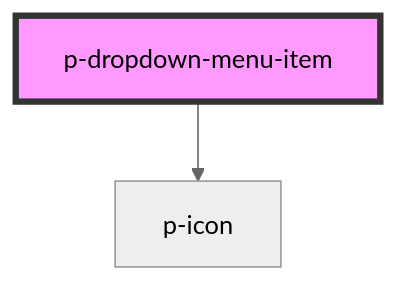
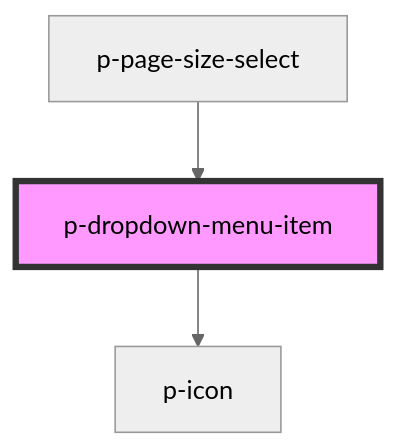
Before and after one commit to Employes/paperless: the diagram in packages/core/src/components/atoms/dropdown-menu-item/readme.md, drawn with Mermaid (neutral theme). The commit also changed other lines of this file and 22 other files, not shown here.

````diff
--- a/packages/core/src/components/atoms/dropdown-menu-item/readme.md
+++ b/packages/core/src/components/atoms/dropdown-menu-item/readme.md
@@ -23,5 +27,6 @@
 ```mermaid
 graph TD;
   p-dropdown-menu-item --> p-icon
+  p-page-size-select --> p-dropdown-menu-item
   style p-dropdown-menu-item fill:#f9f,stroke:#333,stroke-width:4px
 ```
````
